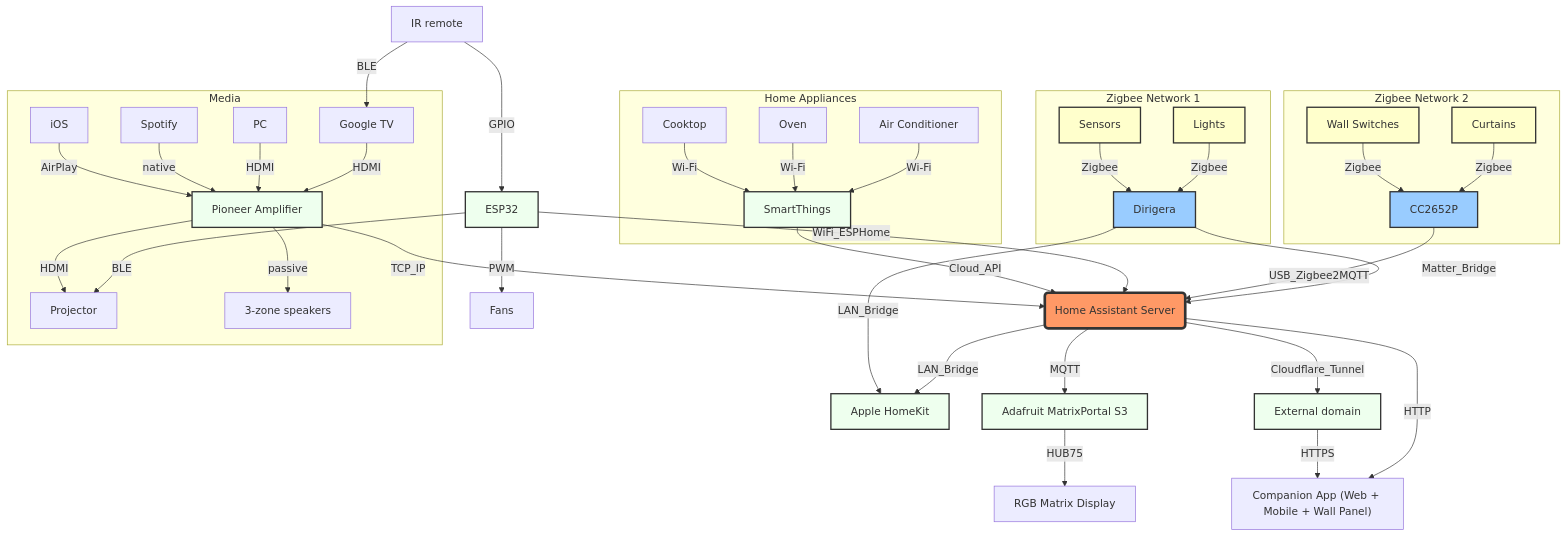
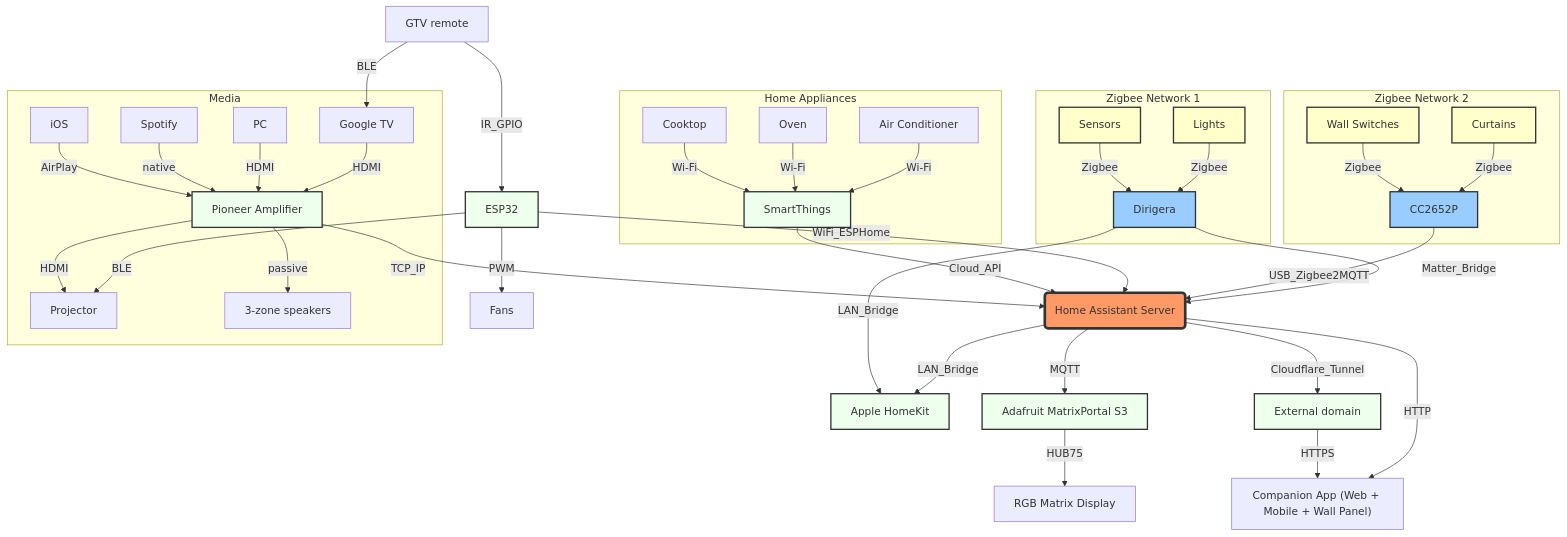
The diagram in README.md (skdw/home-assistant-config), drawn with Mermaid before and after one commit. The commit also changed other lines of this file and 10 other files, not shown here.

````diff
--- a/README.md
+++ b/README.md
@@ -12,73 +12,73 @@
 ```mermaid
 graph TD
     %% Define styles for different device types
     classDef server fill:#f96,stroke:#333,stroke-width:4px;
     classDef coordinator fill:#9CF,stroke:#333,stroke-width:2px;
     classDef zigbee_device fill:#FFC,stroke:#333,stroke-width:2px;
     classDef integration fill:#EFE,stroke:#333,stroke-width:2px;
 
     %% --- Node Definitions ---
     S(Home Assistant Server)
 
 
     %% --- Connections to Coordinators/Devices ---
     subgraph "Zigbee Network 1"
       Dirigera
       Lights --Zigbee--> Dirigera
       Sensors --Zigbee--> Dirigera
     end
     subgraph "Zigbee Network 2"
       Curtains --Zigbee--> CC2652P
       WS["Wall Switches"] --Zigbee--> CC2652P
     end
     
-    IR["IR remote"] --GPIO--> ESP32
+    IR["GTV remote"] --IR_GPIO--> ESP32
     ESP32 --PWM--> Fans
     ESP32 --BLE--> Pr
     IR --BLE--> GTV
  
     %% --- Media connections ---
     subgraph "Media"
       GTV["Google TV"] --HDMI--> Onkyo
       PC["PC"] --HDMI--> Onkyo
       Spotify --native--> Onkyo
       iOS --AirPlay--> Onkyo
       Onkyo --passive--> SP["3-zone speakers"]
       Onkyo --HDMI--> Pr["Projector"]
     end
 
     %% --- Connections to SmartThings ---
     subgraph "Home Appliances"
       AC["Air Conditioner"] --Wi-Fi--> SM
       Oven --Wi-Fi--> SM
       Cooktop --Wi-Fi--> SM
     end   
 
     %% --- Connections to Server ---
     Dirigera --Matter_Bridge--> S
     CC2652P --USB_Zigbee2MQTT--> S
     ESP32 --WiFi_ESPHome--> S
     SM["SmartThings"] --Cloud_API--> S
     Onkyo["Pioneer Amplifier"] --TCP_IP--> S
     
     %% --- Connections from Server ---
     S --LAN_Bridge--> AH["Apple HomeKit"]
     S --Cloudflare_Tunnel--> I["External domain"]
     S --MQTT--> MP["Adafruit MatrixPortal S3"]
     
     %% Output
     Dirigera --LAN_Bridge--> AH
     MP --HUB75--> RGB["RGB Matrix Display"]
     S --HTTP--> CA["Companion App (Web + Mobile + Wall Panel)"]
     I --HTTPS--> CA
 
     %% Apply Styles
     class S server;
     class Dirigera,CC2652P coordinator;
     class Lights,Sensors,Curtains,WS zigbee_device;
     class SM,Onkyo,ESP32,AH,MP,I integration;
 
     %% Add a clickable link to the server node
     %% click S "[https://www.home-assistant.io/](https://www.home-assistant.io/)" "Visit the Home Assistant Website"
 
 ```
````
